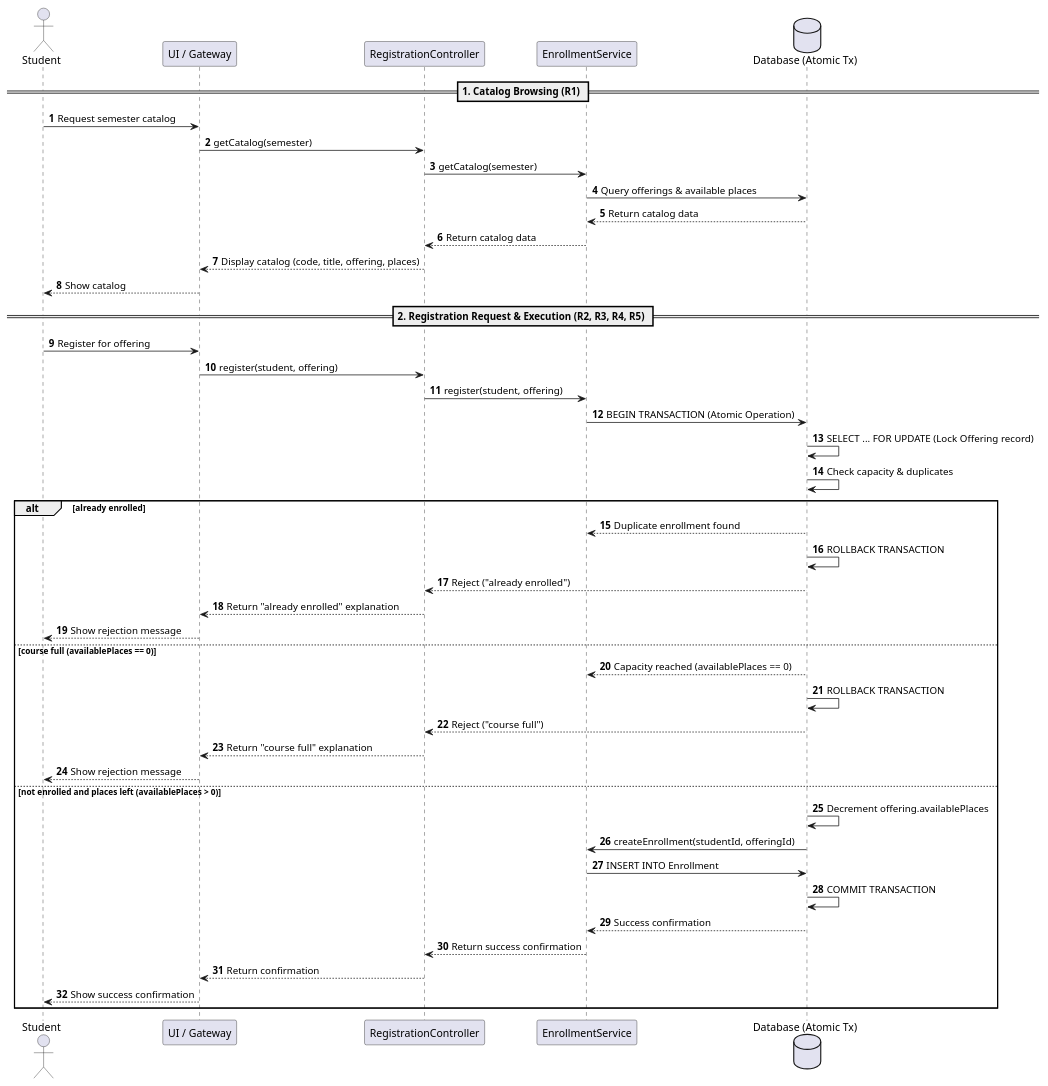
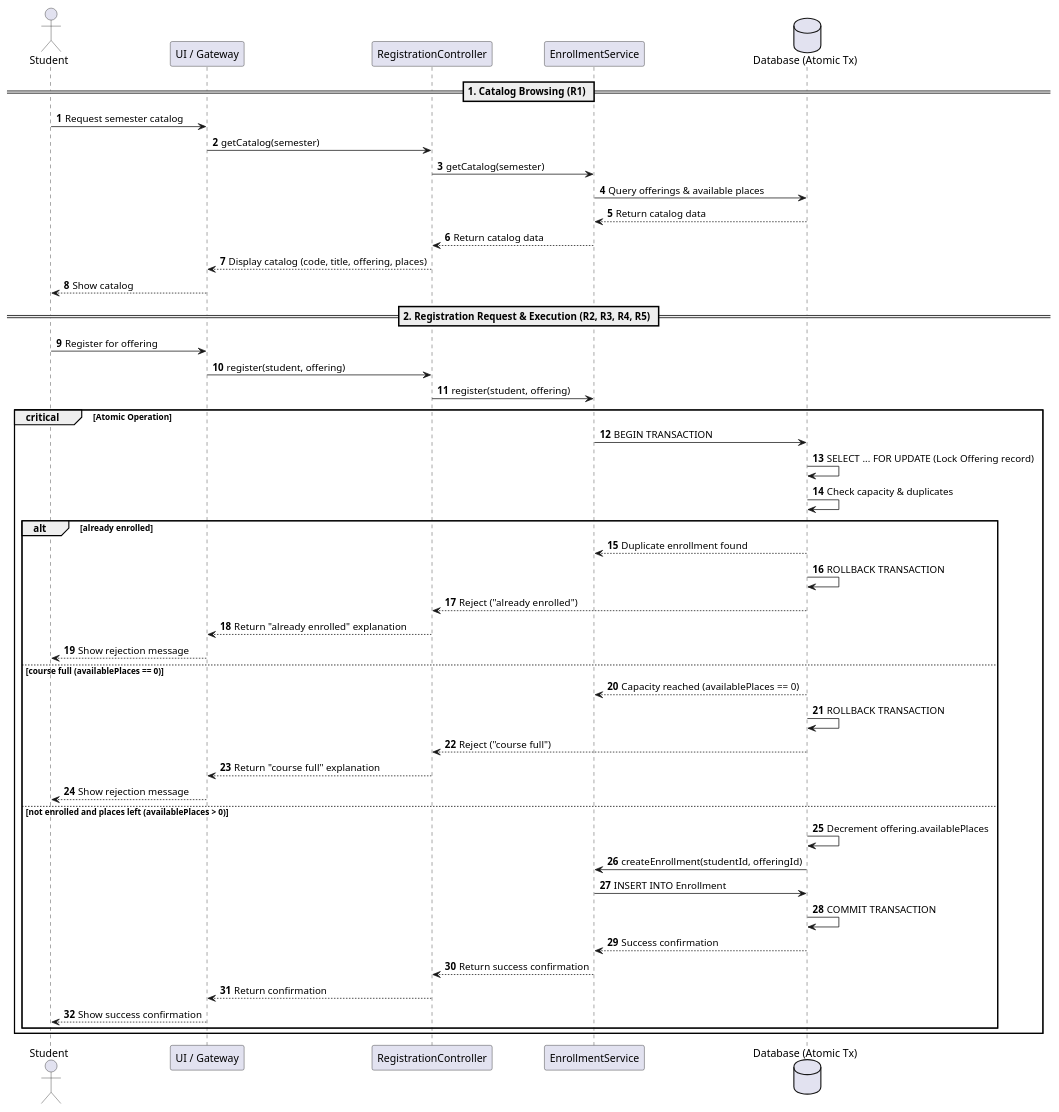
One commit to UnityFan228337/se-practice changed the diagram in SIS-02/models/sequence.puml. Above: the diagram before and after it, drawn with PlantUML. The commit also changed 3 other files, not shown here.

```diff
--- a/SIS-02/models/sequence.puml
+++ b/SIS-02/models/sequence.puml
@@ -1,52 +1,55 @@
 @startuml
 autonumber
 actor Student
 participant "UI / Gateway" as UI
 participant "RegistrationController" as Ctrl
 participant "EnrollmentService" as Svc
 database "Database (Atomic Tx)" as DB
 
 == 1. Catalog Browsing (R1) ==
 Student -> UI: Request semester catalog
 UI -> Ctrl: getCatalog(semester)
 Ctrl -> Svc: getCatalog(semester)
 Svc -> DB: Query offerings & available places
 DB --> Svc: Return catalog data
 Svc --> Ctrl: Return catalog data
 Ctrl --> UI: Display catalog (code, title, offering, places)
 UI --> Student: Show catalog
 
 == 2. Registration Request & Execution (R2, R3, R4, R5) ==
 Student -> UI: Register for offering
 UI -> Ctrl: register(student, offering)
 Ctrl -> Svc: register(student, offering)
-Svc -> DB: BEGIN TRANSACTION (Atomic Operation)
-DB -> DB: SELECT ... FOR UPDATE (Lock Offering record)
-DB -> DB: Check capacity & duplicates
 
-alt already enrolled
-    DB --> Svc: Duplicate enrollment found
-    DB -> DB: ROLLBACK TRANSACTION
-    DB --> Ctrl: Reject ("already enrolled")
-    Ctrl --> UI: Return "already enrolled" explanation
-    UI --> Student: Show rejection message
+critical Atomic Operation
+    Svc -> DB: BEGIN TRANSACTION
+    DB -> DB: SELECT ... FOR UPDATE (Lock Offering record)
+    DB -> DB: Check capacity & duplicates
 
-else course full (availablePlaces == 0)
-    DB --> Svc: Capacity reached (availablePlaces == 0)
-    DB -> DB: ROLLBACK TRANSACTION
-    DB --> Ctrl: Reject ("course full")
-    Ctrl --> UI: Return "course full" explanation
-    UI --> Student: Show rejection message
+    alt already enrolled
+        DB --> Svc: Duplicate enrollment found
+        DB -> DB: ROLLBACK TRANSACTION
+        DB --> Ctrl: Reject ("already enrolled")
+        Ctrl --> UI: Return "already enrolled" explanation
+        UI --> Student: Show rejection message
 
-else not enrolled and places left (availablePlaces > 0)
-    DB -> DB: Decrement offering.availablePlaces
-    DB -> Svc: createEnrollment(studentId, offeringId)
-    Svc -> DB: INSERT INTO Enrollment
-    DB -> DB: COMMIT TRANSACTION
-    DB --> Svc: Success confirmation
-    Svc --> Ctrl: Return success confirmation
-    Ctrl --> UI: Return confirmation
-    UI --> Student: Show success confirmation
+    else course full (availablePlaces == 0)
+        DB --> Svc: Capacity reached (availablePlaces == 0)
+        DB -> DB: ROLLBACK TRANSACTION
+        DB --> Ctrl: Reject ("course full")
+        Ctrl --> UI: Return "course full" explanation
+        UI --> Student: Show rejection message
+
+    else not enrolled and places left (availablePlaces > 0)
+        DB -> DB: Decrement offering.availablePlaces
+        DB -> Svc: createEnrollment(studentId, offeringId)
+        Svc -> DB: INSERT INTO Enrollment
+        DB -> DB: COMMIT TRANSACTION
+        DB --> Svc: Success confirmation
+        Svc --> Ctrl: Return success confirmation
+        Ctrl --> UI: Return confirmation
+        UI --> Student: Show success confirmation
+    end
 end
 
 @enduml
```
